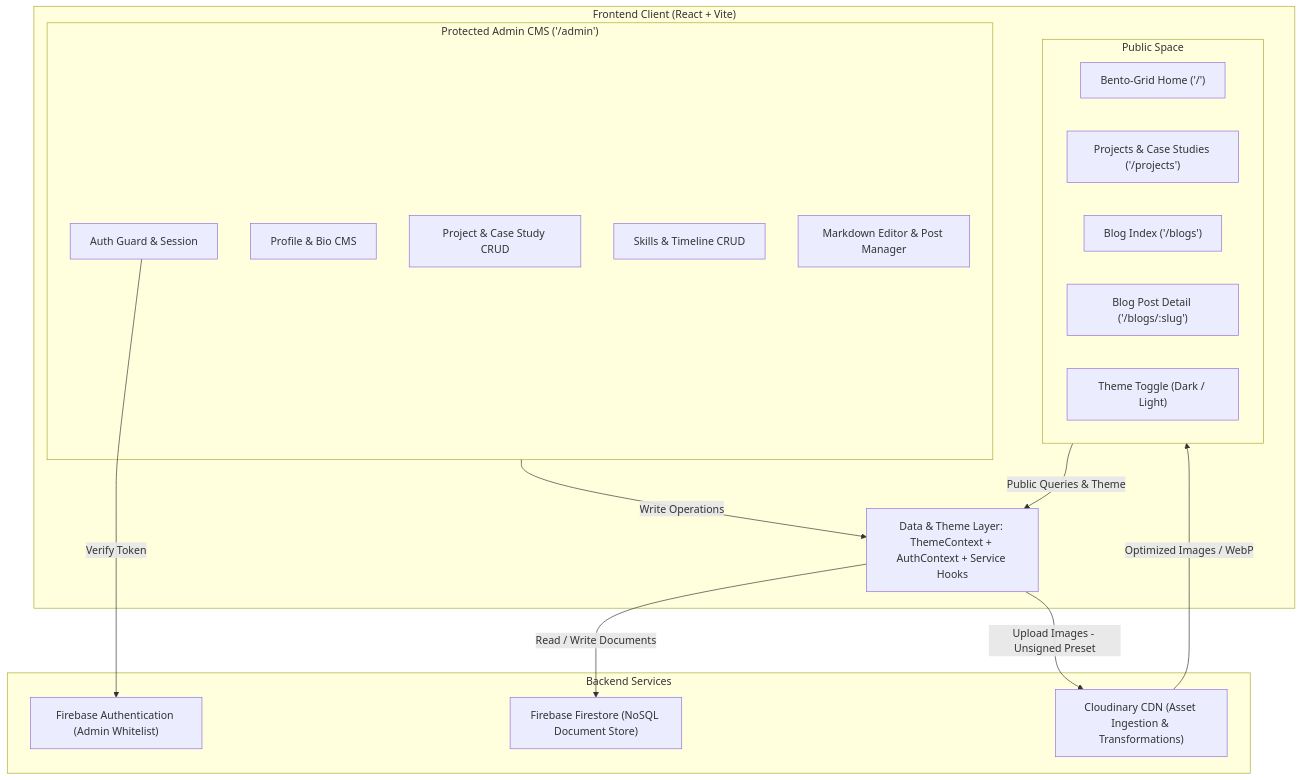
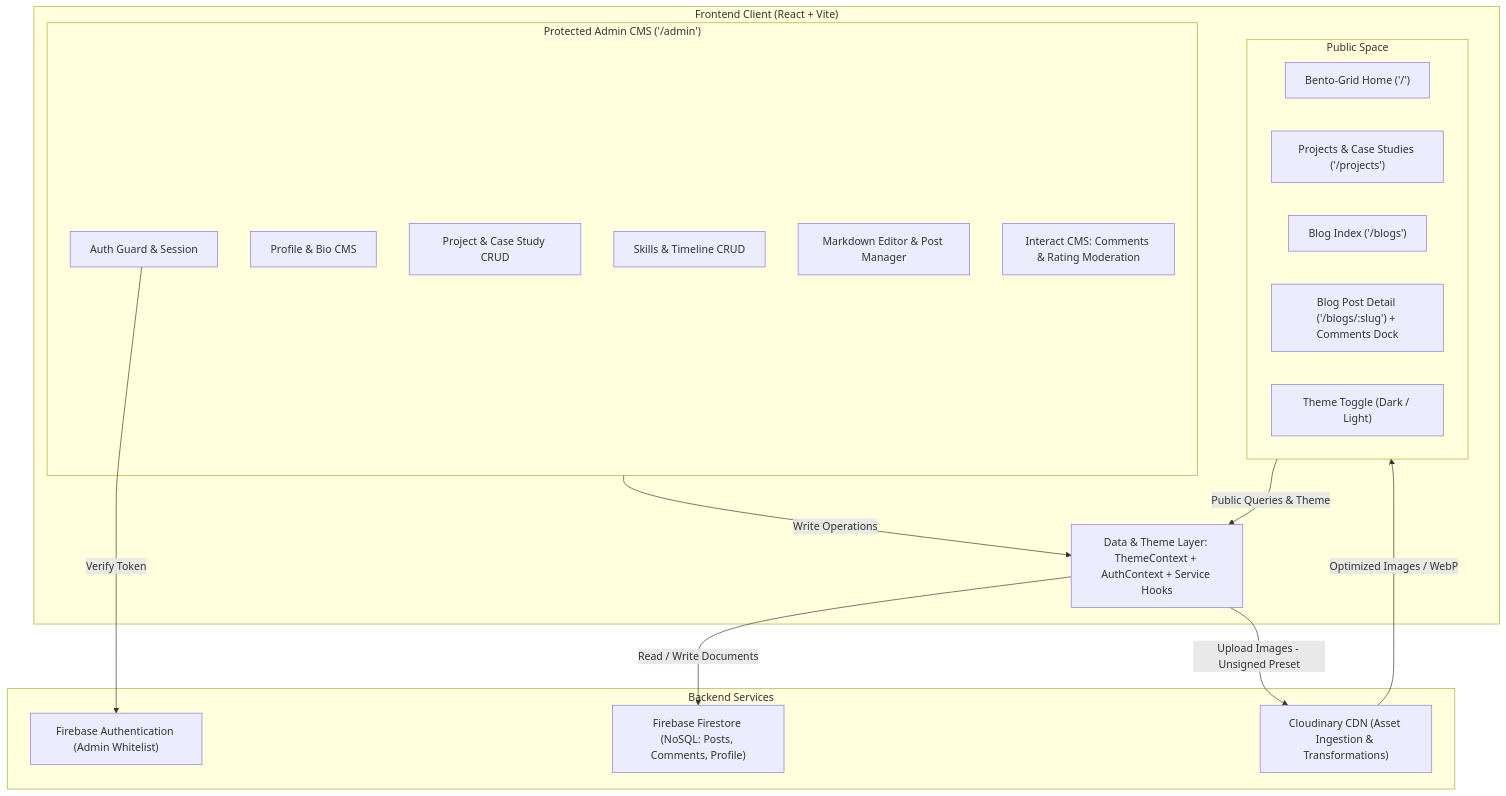
One commit to Piyush-Bhagwat/portfolio changed the first of 4 diagrams in V2/architecture.md. Above: the diagram before and after it, drawn with Mermaid. The commit also changed other lines of this file and 18 other files, not shown here.

````diff
--- a/V2/architecture.md
+++ b/V2/architecture.md
@@ -19,37 +20,38 @@
 ```mermaid
 flowchart TD
     subgraph Client["Frontend Client (React + Vite)"]
         subgraph PublicApp["Public Space"]
             Home["Bento-Grid Home ('/')"]
             ProjectsView["Projects & Case Studies ('/projects')"]
             BlogIndex["Blog Index ('/blogs')"]
-            BlogPost["Blog Post Detail ('/blogs/:slug')"]
+            BlogPost["Blog Post Detail ('/blogs/:slug') + Comments Dock"]
             ThemeSwitch["Theme Toggle (Dark / Light)"]
         end
 
         subgraph AdminApp["Protected Admin CMS ('/admin')"]
             AuthGuard["Auth Guard & Session"]
             ProfileEditor["Profile & Bio CMS"]
             ProjectsCMS["Project & Case Study CRUD"]
             SkillsExpCMS["Skills & Timeline CRUD"]
             BlogCMS["Markdown Editor & Post Manager"]
+            InteractCMS["Interact CMS: Comments & Rating Moderation"]
         end
 
         StateLayer["Data & Theme Layer: ThemeContext + AuthContext + Service Hooks"]
     end
 
     subgraph BackendServices["Backend Services"]
         FirebaseAuth["Firebase Authentication (Admin Whitelist)"]
-        Firestore["Firebase Firestore (NoSQL Document Store)"]
+        Firestore["Firebase Firestore (NoSQL: Posts, Comments, Profile)"]
         CloudinaryCDN["Cloudinary CDN (Asset Ingestion & Transformations)"]
     end
 
     %% Interactions
     AuthGuard -->|Verify Token| FirebaseAuth
     PublicApp -->|Public Queries & Theme| StateLayer
     AdminApp -->|Write Operations| StateLayer
 
     StateLayer -->|Read / Write Documents| Firestore
     StateLayer -->|Upload Images - Unsigned Preset| CloudinaryCDN
     CloudinaryCDN -->|Optimized Images / WebP| PublicApp
 ```
````
